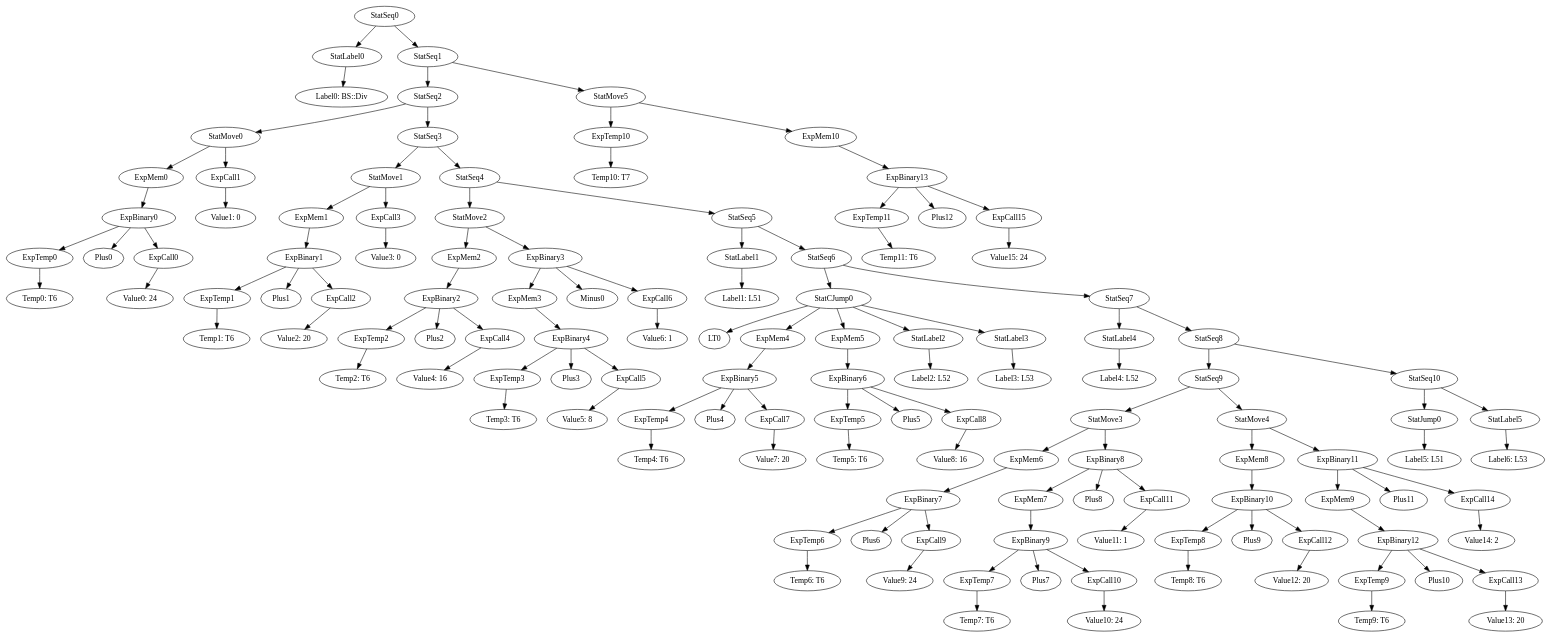
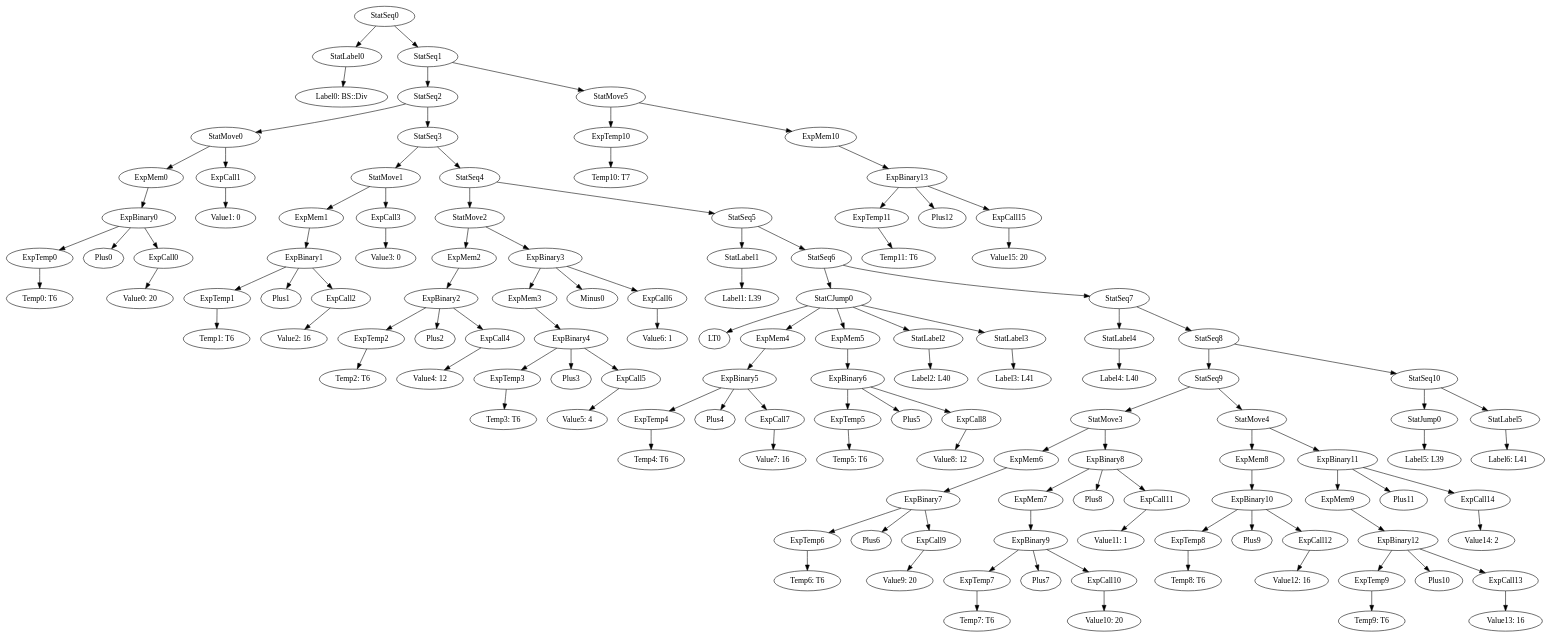
Before and after one commit to team-compilers/compilers: the diagram in MiniJava/results/SamplesCorrect/BinarySearch/irt_BS::Div.gv, drawn with Graphviz. The commit also changed 168 other files, not shown here.

```diff
--- a/MiniJava/results/SamplesCorrect/BinarySearch/irt_BS::Div.gv
+++ b/MiniJava/results/SamplesCorrect/BinarySearch/irt_BS::Div.gv
@@ -1,130 +1,130 @@
 digraph {
 	ordering = out;
 	ExpMem10 -> ExpBinary13;
-	ExpCall15 -> "Value15: 24";
+	ExpCall15 -> "Value15: 20";
 	StatMove5 -> ExpTemp10;
 	StatMove5 -> ExpMem10;
 	ExpTemp10 -> "Temp10: T7";
 	StatSeq10 -> StatJump0;
 	StatSeq10 -> StatLabel5;
 	ExpCall14 -> "Value14: 2";
 	StatMove4 -> ExpMem8;
 	StatMove4 -> ExpBinary11;
 	StatSeq1 -> StatSeq2;
 	StatSeq1 -> StatMove5;
 	ExpMem8 -> ExpBinary10;
 	ExpBinary13 -> ExpTemp11;
 	ExpBinary13 -> Plus12;
 	ExpBinary13 -> ExpCall15;
-	ExpCall12 -> "Value12: 20";
+	ExpCall12 -> "Value12: 16";
 	ExpBinary10 -> ExpTemp8;
 	ExpBinary10 -> Plus9;
 	ExpBinary10 -> ExpCall12;
 	ExpCall11 -> "Value11: 1";
 	ExpBinary8 -> ExpMem7;
 	ExpBinary8 -> Plus8;
 	ExpBinary8 -> ExpCall11;
-	ExpCall10 -> "Value10: 24";
+	ExpCall10 -> "Value10: 20";
 	ExpTemp9 -> "Temp9: T6";
 	ExpBinary9 -> ExpTemp7;
 	ExpBinary9 -> Plus7;
 	ExpBinary9 -> ExpCall10;
 	StatMove3 -> ExpMem6;
 	StatMove3 -> ExpBinary8;
 	ExpMem6 -> ExpBinary7;
-	ExpCall9 -> "Value9: 24";
-	ExpCall5 -> "Value5: 8";
+	ExpCall9 -> "Value9: 20";
+	ExpCall5 -> "Value5: 4";
 	StatMove2 -> ExpMem2;
 	StatMove2 -> ExpBinary3;
 	ExpTemp2 -> "Temp2: T6";
 	StatMove1 -> ExpMem1;
 	StatMove1 -> ExpCall3;
 	StatCJump0 -> LT0;
 	StatCJump0 -> ExpMem4;
 	StatCJump0 -> ExpMem5;
 	StatCJump0 -> StatLabel2;
 	StatCJump0 -> StatLabel3;
 	ExpMem9 -> ExpBinary12;
 	ExpMem1 -> ExpBinary1;
 	ExpBinary0 -> ExpTemp0;
 	ExpBinary0 -> Plus0;
 	ExpBinary0 -> ExpCall0;
 	ExpMem4 -> ExpBinary5;
 	ExpMem7 -> ExpBinary9;
 	StatSeq3 -> StatMove1;
 	StatSeq3 -> StatSeq4;
-	ExpCall2 -> "Value2: 20";
-	ExpCall7 -> "Value7: 20";
+	ExpCall2 -> "Value2: 16";
+	ExpCall7 -> "Value7: 16";
 	StatMove0 -> ExpMem0;
 	StatMove0 -> ExpCall1;
-	StatJump0 -> "Label5: L51";
+	StatJump0 -> "Label5: L39";
 	ExpCall1 -> "Value1: 0";
 	ExpMem2 -> ExpBinary2;
 	StatSeq9 -> StatMove3;
 	StatSeq9 -> StatMove4;
-	ExpCall0 -> "Value0: 24";
+	ExpCall0 -> "Value0: 20";
 	StatSeq4 -> StatMove2;
 	StatSeq4 -> StatSeq5;
-	StatLabel1 -> "Label1: L51";
+	StatLabel1 -> "Label1: L39";
 	ExpTemp7 -> "Temp7: T6";
 	ExpTemp0 -> "Temp0: T6";
 	StatSeq5 -> StatLabel1;
 	StatSeq5 -> StatSeq6;
-	StatLabel4 -> "Label4: L52";
+	StatLabel4 -> "Label4: L40";
 	StatSeq8 -> StatSeq9;
 	StatSeq8 -> StatSeq10;
 	ExpTemp3 -> "Temp3: T6";
 	StatSeq6 -> StatCJump0;
 	StatSeq6 -> StatSeq7;
 	ExpTemp11 -> "Temp11: T6";
 	StatSeq0 -> StatLabel0;
 	StatSeq0 -> StatSeq1;
 	ExpTemp1 -> "Temp1: T6";
-	StatLabel5 -> "Label6: L53";
+	StatLabel5 -> "Label6: L41";
 	ExpTemp5 -> "Temp5: T6";
-	ExpCall13 -> "Value13: 20";
+	ExpCall13 -> "Value13: 16";
 	ExpTemp8 -> "Temp8: T6";
 	ExpBinary7 -> ExpTemp6;
 	ExpBinary7 -> Plus6;
 	ExpBinary7 -> ExpCall9;
 	ExpBinary12 -> ExpTemp9;
 	ExpBinary12 -> Plus10;
 	ExpBinary12 -> ExpCall13;
 	StatSeq7 -> StatLabel4;
 	StatSeq7 -> StatSeq8;
 	ExpMem5 -> ExpBinary6;
 	StatLabel0 -> "Label0: BS::Div";
 	ExpBinary2 -> ExpTemp2;
 	ExpBinary2 -> Plus2;
 	ExpBinary2 -> ExpCall4;
 	ExpCall3 -> "Value3: 0";
 	ExpBinary1 -> ExpTemp1;
 	ExpBinary1 -> Plus1;
 	ExpBinary1 -> ExpCall2;
-	ExpCall8 -> "Value8: 16";
+	ExpCall8 -> "Value8: 12";
 	ExpMem0 -> ExpBinary0;
 	ExpBinary6 -> ExpTemp5;
 	ExpBinary6 -> Plus5;
 	ExpBinary6 -> ExpCall8;
 	StatSeq2 -> StatMove0;
 	StatSeq2 -> StatSeq3;
 	ExpBinary4 -> ExpTemp3;
 	ExpBinary4 -> Plus3;
 	ExpBinary4 -> ExpCall5;
 	ExpCall6 -> "Value6: 1";
 	ExpMem3 -> ExpBinary4;
 	ExpBinary3 -> ExpMem3;
 	ExpBinary3 -> Minus0;
 	ExpBinary3 -> ExpCall6;
 	ExpTemp4 -> "Temp4: T6";
 	ExpBinary11 -> ExpMem9;
 	ExpBinary11 -> Plus11;
 	ExpBinary11 -> ExpCall14;
 	ExpBinary5 -> ExpTemp4;
 	ExpBinary5 -> Plus4;
 	ExpBinary5 -> ExpCall7;
-	ExpCall4 -> "Value4: 16";
-	StatLabel2 -> "Label2: L52";
-	StatLabel3 -> "Label3: L53";
+	ExpCall4 -> "Value4: 12";
+	StatLabel2 -> "Label2: L40";
+	StatLabel3 -> "Label3: L41";
 	ExpTemp6 -> "Temp6: T6";
 }
```
